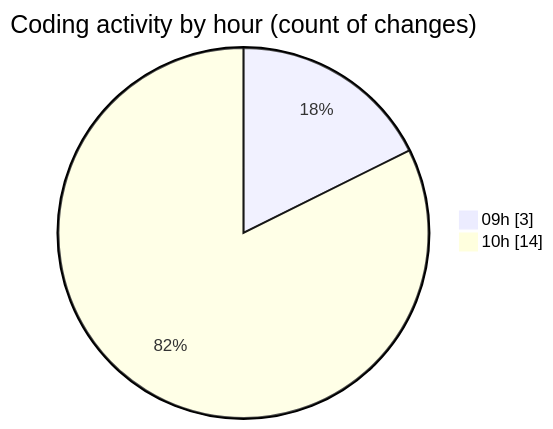
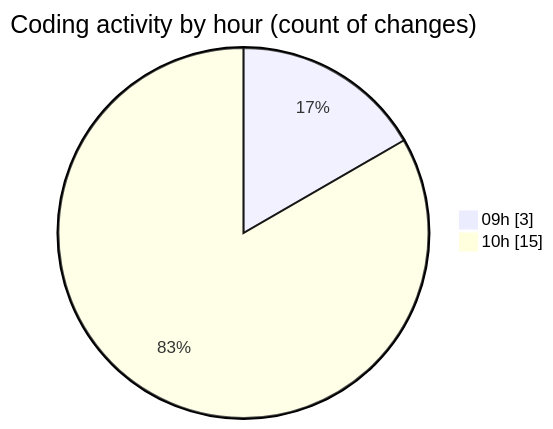
One commit to momahboobian/code-tracking changed the second of 2 diagrams in 2026-11-03/cda/README.md. Above: the diagram before and after it, drawn with Mermaid. The commit also changed other lines of this file and 1 other file, not shown here.

````diff
--- a/2026-11-03/cda/README.md
+++ b/2026-11-03/cda/README.md
@@ -36,6 +37,6 @@
 ```mermaid
 pie showData
 title Coding activity by hour (count of changes)
 "09h" : 3
-"10h" : 14
+"10h" : 15
 ```
````
